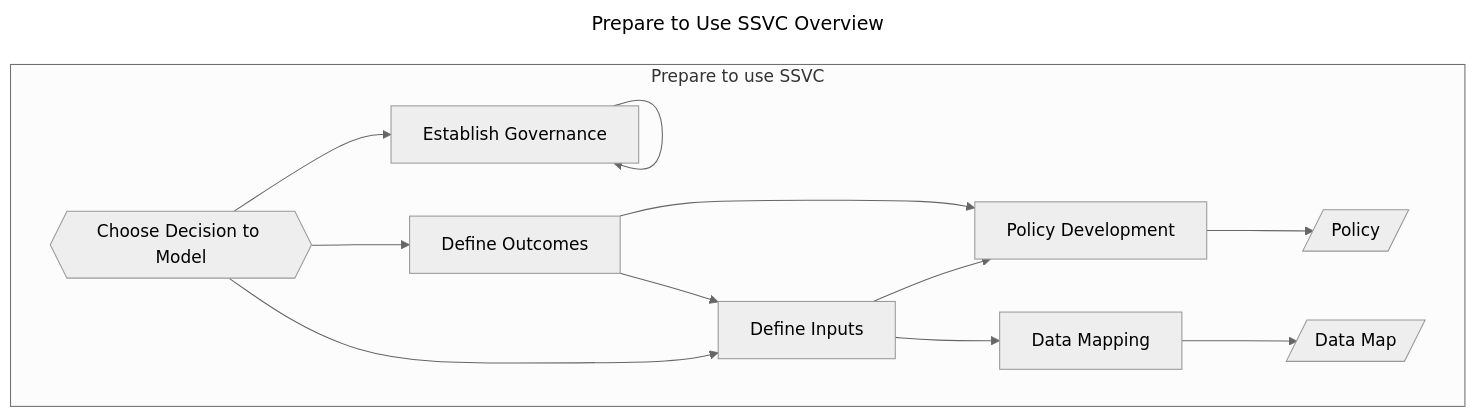
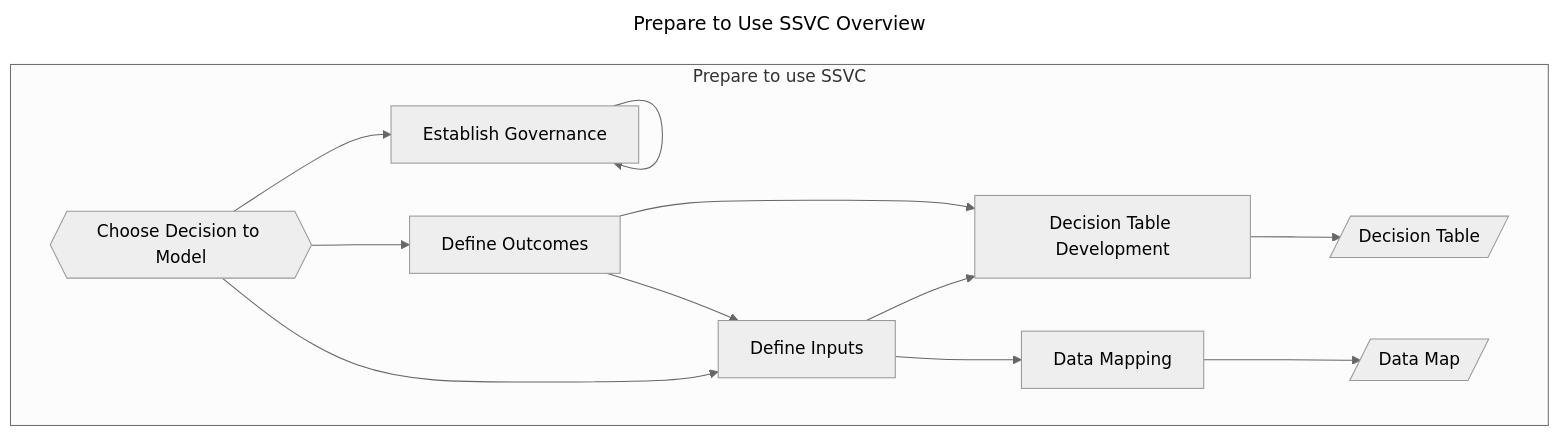
One commit to CERTCC/SSVC changed the first of 7 diagrams in docs/howto/bootstrap/prepare.md. Above: the diagram before and after it, drawn with Mermaid (neutral theme). The commit also changed other lines of this file and 21 other files, not shown here.

Commit message:
change "policy" to "decision table" in relevant docs

````diff
--- a/docs/howto/bootstrap/prepare.md
+++ b/docs/howto/bootstrap/prepare.md
@@ -23,26 +23,26 @@
 ```mermaid
 ---
 title: Prepare to Use SSVC Overview
 ---
 flowchart
     subgraph prep [Prepare to use SSVC]
         dcd{{Choose Decision to Model}}
         governance[Establish Governance]
         outcomes[Define Outcomes]
         decisionpoints[Define Inputs]
         dataeng[Data Mapping]
         dm[/Data Map/]
-        policy[Policy Development]
-        p[/Policy/]        
+        policy[Decision Table Development]
+        p[/Decision Table/]        
     end
     dcd --> outcomes
     dcd --> governance
     governance --> governance
     outcomes --> decisionpoints
     dcd --> decisionpoints
     decisionpoints --> dataeng
     outcomes --> policy
     decisionpoints --> policy
     policy --> p
     dataeng --> dm
 ```
````
